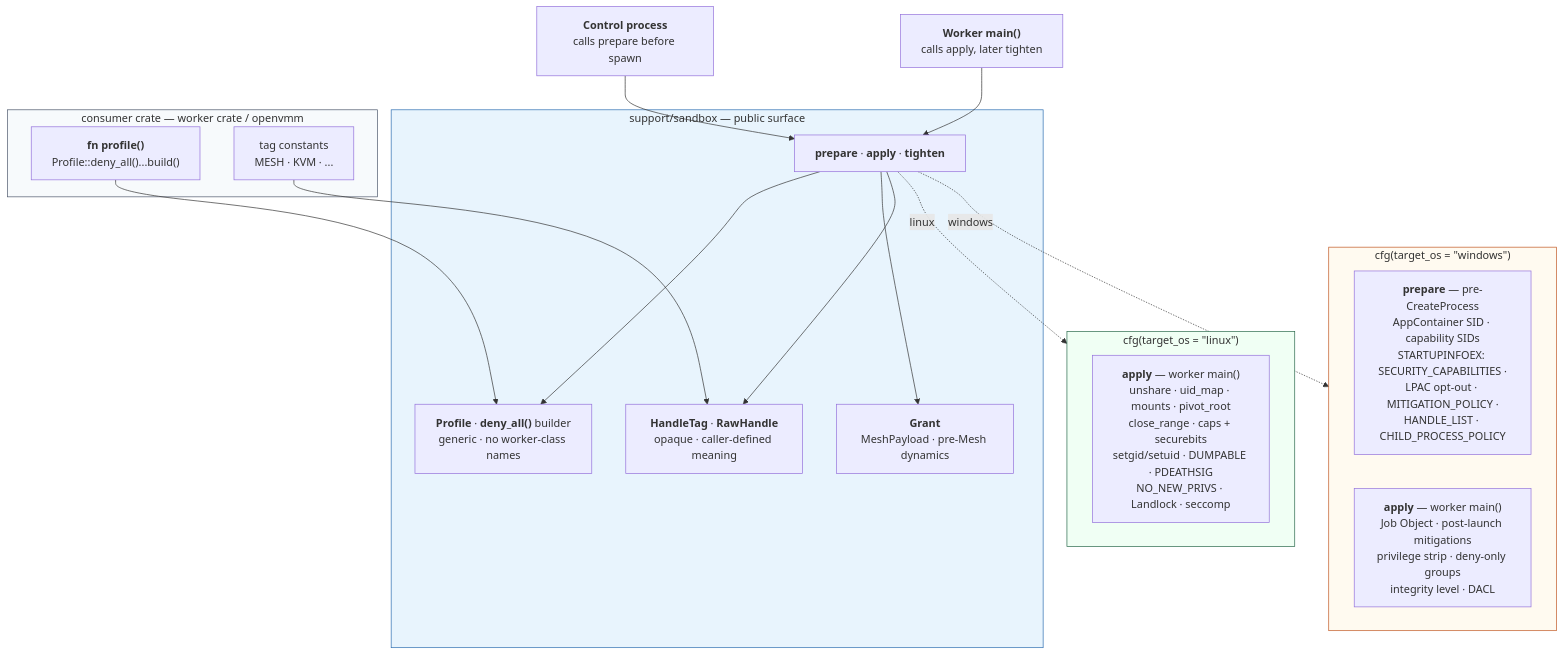
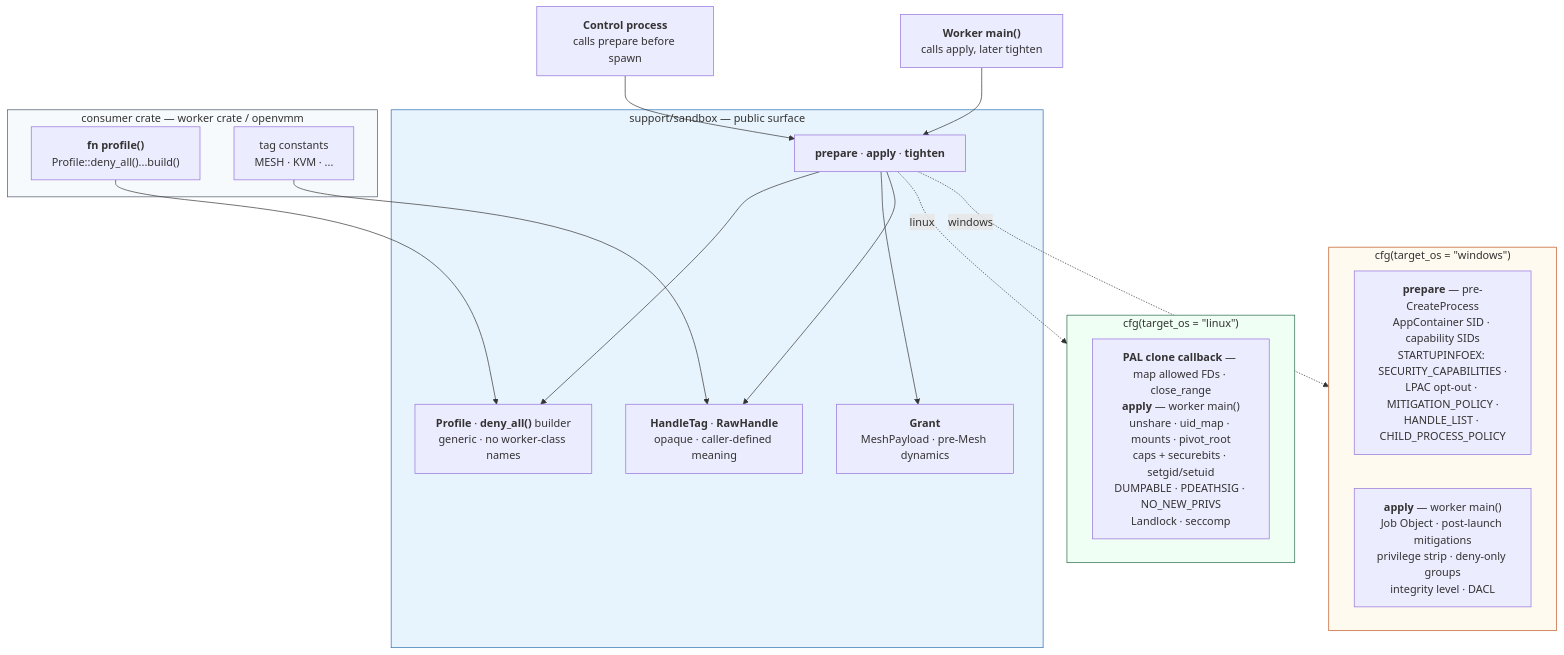
Before and after one commit to iang-msft/openvmm: the fourth of 6 diagrams in support/sandbox/docs/Sandbox_design.md, drawn with Mermaid. The commit also changed other lines of this file and 6 other files, not shown here.

````diff
--- a/support/sandbox/docs/Sandbox_design.md
+++ b/support/sandbox/docs/Sandbox_design.md
@@ -614,39 +614,39 @@
 ```mermaid
 graph TB
     subgraph Public["support/sandbox — public surface"]
         Profile["<b>Profile</b> · <b>deny_all()</b> builder<br/>generic · no worker-class names"]
         Grant["<b>Grant</b><br/>MeshPayload · pre-Mesh dynamics"]
         API["<b>prepare</b> · <b>apply</b> · <b>tighten</b>"]
         Tags["<b>HandleTag</b> · <b>RawHandle</b><br/>opaque · caller-defined meaning"]
     end
 
     subgraph Consumer["consumer crate — worker crate / openvmm"]
         WProf["<b>fn profile()</b><br/>Profile::deny_all()...build()"]
         WTags["tag constants<br/>MESH · KVM · ..."]
     end
 
     subgraph LinuxBackend["cfg(target_os = &quot;linux&quot;)"]
-        LP["<b>apply</b> — worker main()<br/>unshare · uid_map · mounts · pivot_root<br/>close_range · caps + securebits<br/>setgid/setuid · DUMPABLE · PDEATHSIG<br/>NO_NEW_PRIVS · Landlock · seccomp"]
+        LP["<b>PAL clone callback</b> — map allowed FDs · close_range<br/><b>apply</b> — worker main()<br/>unshare · uid_map · mounts · pivot_root<br/>caps + securebits · setgid/setuid<br/>DUMPABLE · PDEATHSIG · NO_NEW_PRIVS<br/>Landlock · seccomp"]
     end
 
     subgraph WindowsBackend["cfg(target_os = &quot;windows&quot;)"]
         WP1["<b>prepare</b> — pre-CreateProcess<br/>AppContainer SID · capability SIDs<br/>STARTUPINFOEX: SECURITY_CAPABILITIES ·<br/>LPAC opt-out · MITIGATION_POLICY ·<br/>HANDLE_LIST · CHILD_PROCESS_POLICY"]
         WP2["<b>apply</b> — worker main()<br/>Job Object · post-launch mitigations<br/>privilege strip · deny-only groups<br/>integrity level · DACL"]
     end
 
     Control["<b>Control process</b><br/>calls prepare before spawn"] --> API
     Worker["<b>Worker main()</b><br/>calls apply, later tighten"] --> API
 
     WProf --> Profile
     WTags --> Tags
     API --> Profile
     API --> Grant
     API --> Tags
     API -. linux .-> LinuxBackend
     API -. windows .-> WindowsBackend
 
     style Public fill:#e8f4fd,stroke:#2b6cb0
     style Consumer fill:#f7fafc,stroke:#4a5568
     style LinuxBackend fill:#f0fff4,stroke:#276749
     style WindowsBackend fill:#fffaf0,stroke:#c05621
 ```
````
